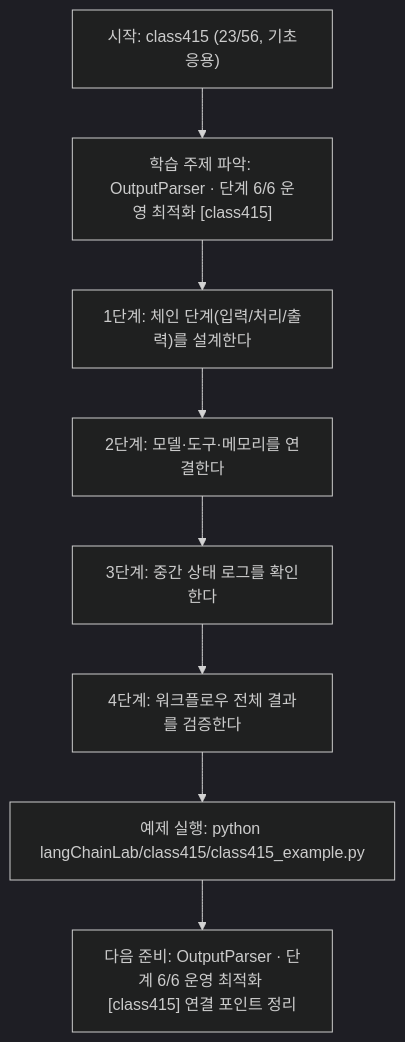
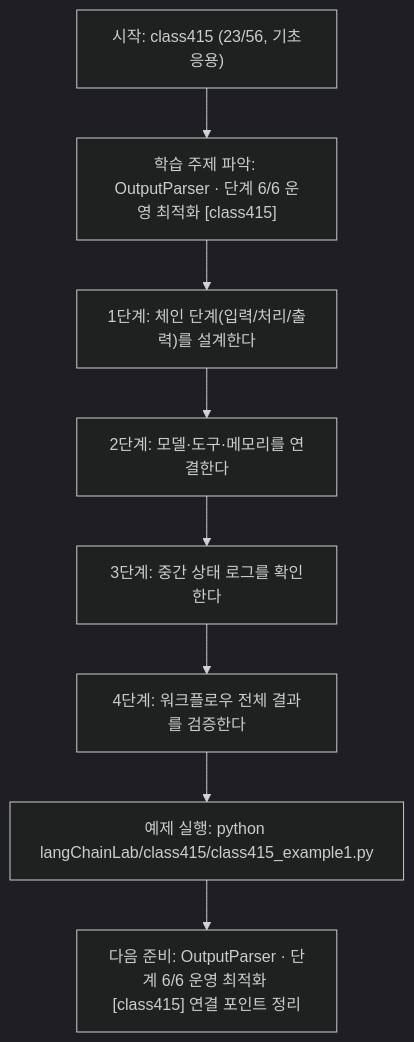
Before and after one commit to edumgt/Python-AI_Agent-Class: the diagram in langChainLab/class415/class415.md, drawn with Mermaid (dark theme). The commit also changed other lines of this file and 2959 other files, not shown here.

````diff
--- a/langChainLab/class415/class415.md
+++ b/langChainLab/class415/class415.md
@@ -108,18 +108,18 @@
 ```mermaid
 flowchart TD
 N1["시작: class415 (23/56, 기초응용)"]
 N2["학습 주제 파악: OutputParser · 단계 6/6 운영 최적화 [class415]"]
 N3["1단계: 체인 단계(입력/처리/출력)를 설계한다"]
 N4["2단계: 모델·도구·메모리를 연결한다"]
 N5["3단계: 중간 상태 로그를 확인한다"]
 N6["4단계: 워크플로우 전체 결과를 검증한다"]
-N7["예제 실행: python langChainLab/class415/class415_example.py"]
+N7["예제 실행: python langChainLab/class415/class415_example1.py"]
 N8["다음 준비: OutputParser · 단계 6/6 운영 최적화 [class415] 연결 포인트 정리"]
 N1 --> N2
 N2 --> N3
 N3 --> N4
 N4 --> N5
 N5 --> N6
 N6 --> N7
 N7 --> N8
 ```
````
